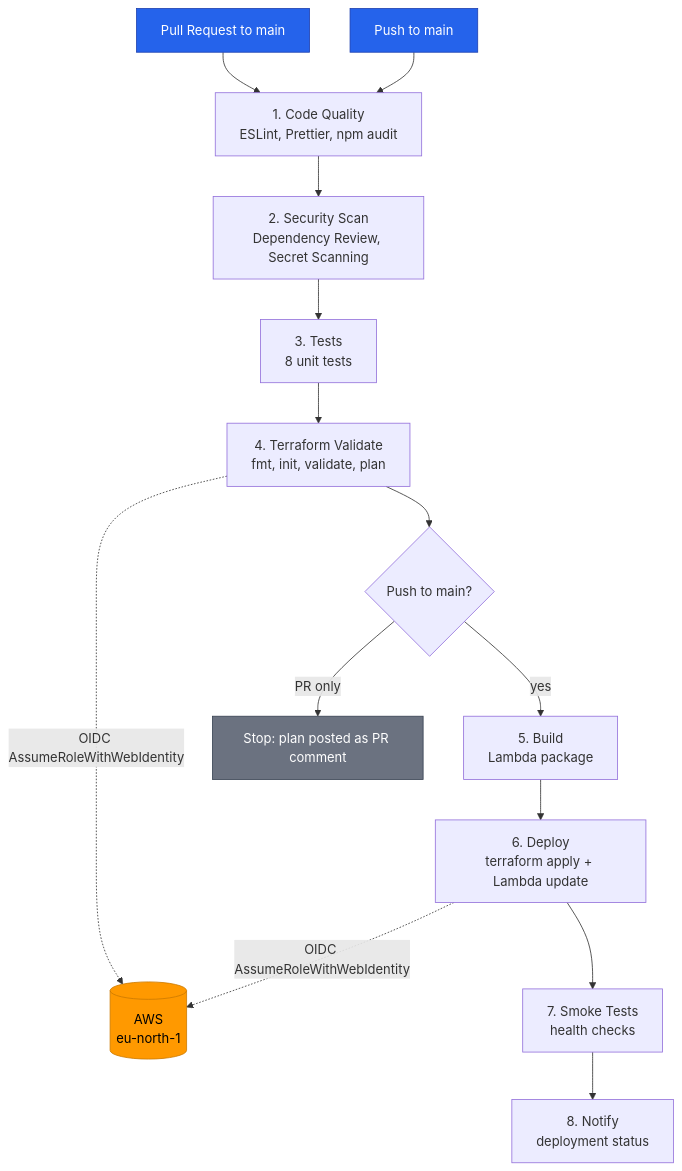
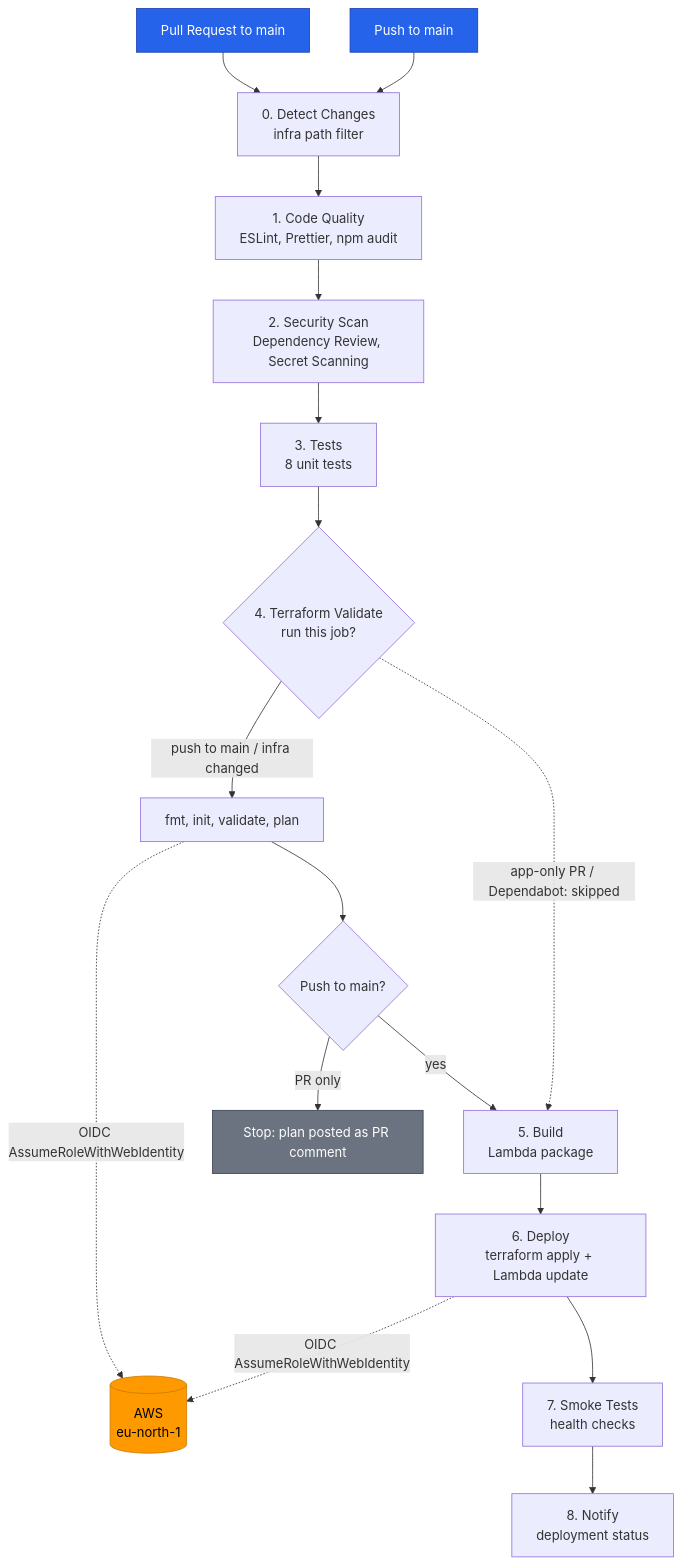
Before and after one commit to restlessankyyy/my-portfolio-app: the first of 2 diagrams in docs/cicd.md, drawn with Mermaid. The commit also changed other lines of this file and 2 other files, not shown here.

````diff
--- a/docs/cicd.md
+++ b/docs/cicd.md
@@ -22,23 +24,26 @@
 ```mermaid
 flowchart TD
-    PR[Pull Request to main]:::trigger --> CQ
-    PUSH[Push to main]:::trigger --> CQ
+    PR[Pull Request to main]:::trigger --> DET
+    PUSH[Push to main]:::trigger --> DET
 
+    DET[0. Detect Changes<br/>infra path filter] --> CQ
     CQ[1. Code Quality<br/>ESLint, Prettier, npm audit] --> SS[2. Security Scan<br/>Dependency Review, Secret Scanning]
     SS --> TST[3. Tests<br/>8 unit tests]
-    TST --> TFV[4. Terraform Validate<br/>fmt, init, validate, plan]
+    TST --> TFV{4. Terraform Validate<br/>run this job?}
+    TFV -- "push to main / infra changed" --> TFRUN[fmt, init, validate, plan]
+    TFV -. "app-only PR / Dependabot: skipped" .-> BLD
 
-    TFV -. OIDC AssumeRoleWithWebIdentity .-> AWS[(AWS<br/>eu-north-1)]:::aws
+    TFRUN -. OIDC AssumeRoleWithWebIdentity .-> AWS[(AWS<br/>eu-north-1)]:::aws
 
-    TFV --> GATE{Push to main?}
+    TFRUN --> GATE{Push to main?}
     GATE -- "PR only" --> STOP[Stop: plan posted as PR comment]:::stop
     GATE -- "yes" --> BLD[5. Build<br/>Lambda package]
     BLD --> DEP[6. Deploy<br/>terraform apply + Lambda update]
     DEP -. OIDC AssumeRoleWithWebIdentity .-> AWS
     DEP --> SMK[7. Smoke Tests<br/>health checks]
     SMK --> NTF[8. Notify<br/>deployment status]
 
     classDef trigger fill:#2563eb,stroke:#1e40af,color:#fff
     classDef aws fill:#ff9900,stroke:#cc7a00,color:#000
     classDef stop fill:#6b7280,stroke:#374151,color:#fff
 ```
````
